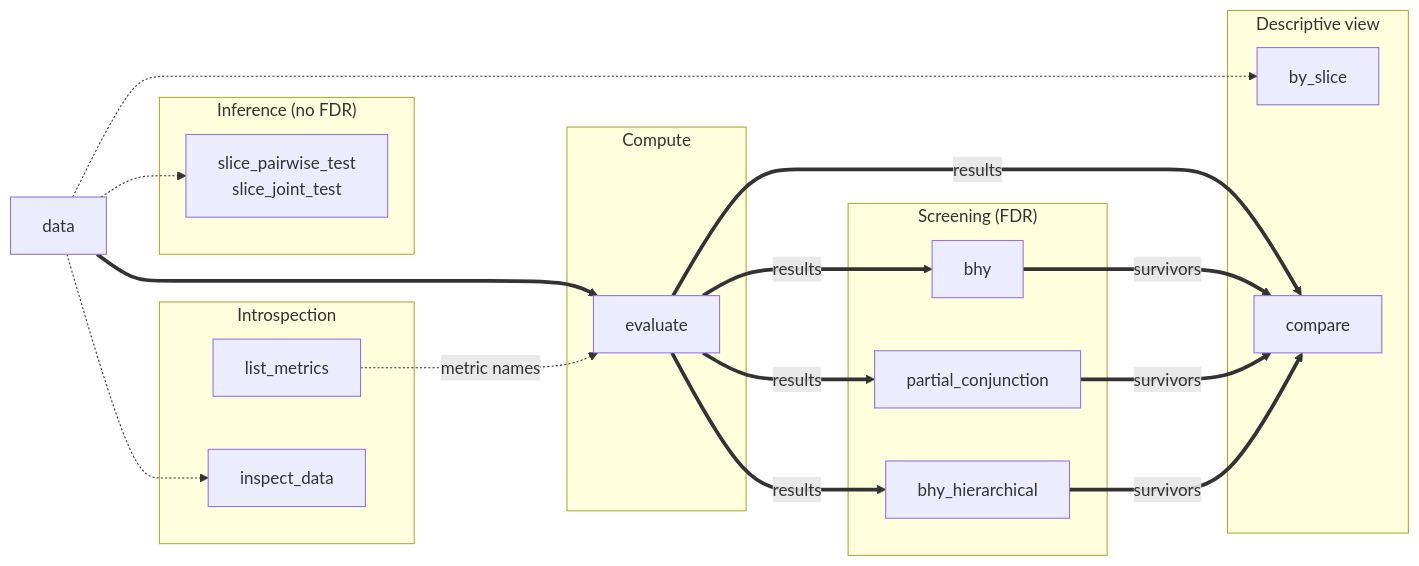
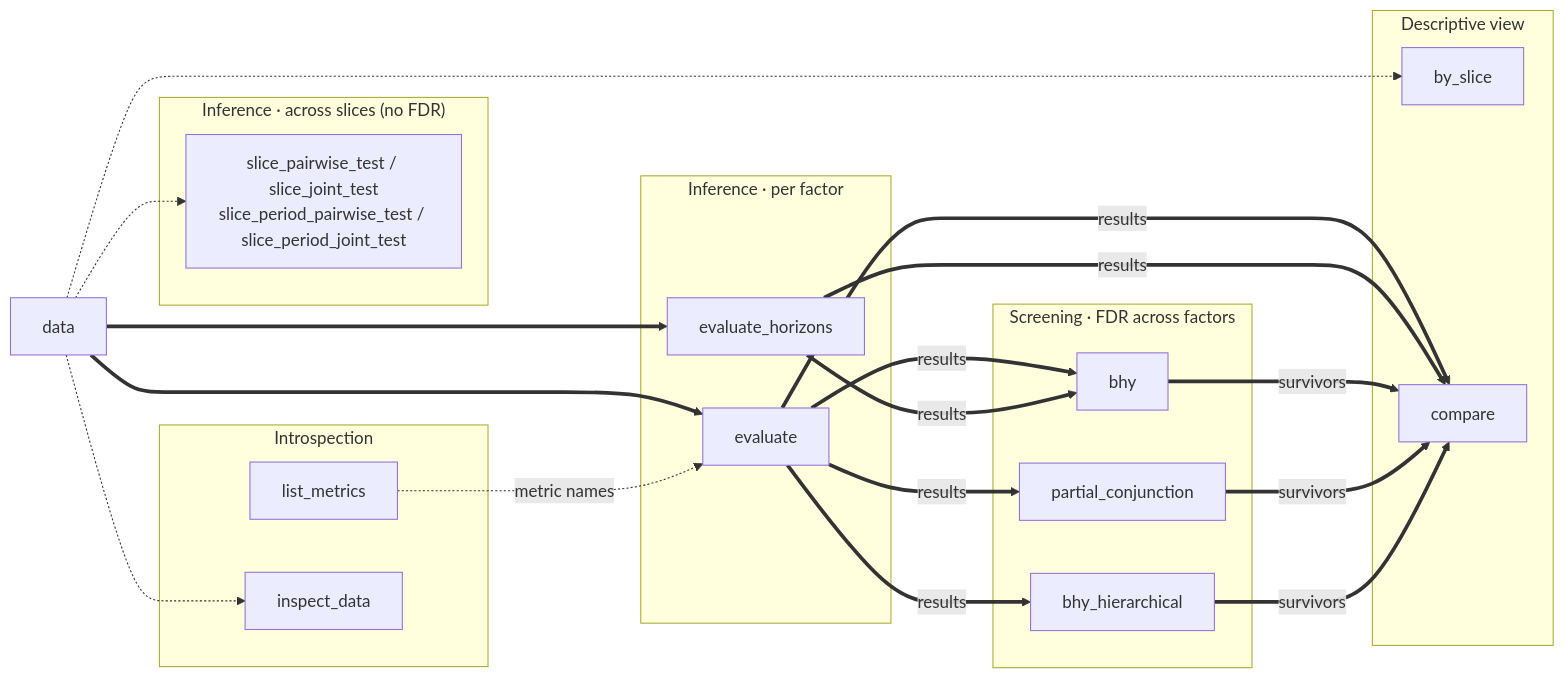
Before and after one commit to awwesomeman/factrix: the diagram in docs/api/index.md, drawn with Mermaid. The commit also changed other lines of this file and 2 other files, not shown here.

First paragraph of the commit message:
docs(api): restore evaluate_horizons surfacing + clarify overview (slice_period, inference vs screening) (#692)
* docs: surface evaluate_horizons in README, API index, and llms.txt

````diff
--- a/docs/api/index.md
+++ b/docs/api/index.md
@@ -9,51 +9,56 @@
 ```mermaid
 flowchart LR
     P[data]
 
-    subgraph Compute
+    subgraph PerFactor["Inference · per factor"]
         EV[evaluate]
+        EVH[evaluate_horizons]
     end
 
-    subgraph Screening["Screening (FDR)"]
+    subgraph Screening["Screening · FDR across factors"]
         BHY[bhy]
         PC[partial_conjunction]
         BHYH[bhy_hierarchical]
     end
 
-    subgraph Inference["Inference (no FDR)"]
-        ST["slice_pairwise_test<br/>slice_joint_test"]
+    subgraph Slices["Inference · across slices (no FDR)"]
+        ST["slice_pairwise_test / slice_joint_test<br/>slice_period_pairwise_test / slice_period_joint_test"]
     end
 
     subgraph View["Descriptive view"]
         BS[by_slice]
         CMP[compare]
     end
 
     subgraph Introspection
         LM[list_metrics]
         ID[inspect_data]
     end
 
     P ==> EV
+    P ==> EVH
     P -.-> BS
     P -.-> ST
     P -.-> ID
     EV ==>|results| BHY
     EV ==>|results| PC
     EV ==>|results| BHYH
     EV ==>|results| CMP
+    EVH ==>|results| BHY
+    EVH ==>|results| CMP
     BHY ==>|survivors| CMP
     PC ==>|survivors| CMP
     BHYH ==>|survivors| CMP
     LM -.->|metric names| EV
 
     click EV "evaluate/" "evaluate API"
+    click EVH "evaluate/#factrix.evaluate_horizons" "evaluate_horizons API"
     click BS "by-slice/" "by_slice API"
-    click ST "slice-test/" "slice_pairwise_test / slice_joint_test API"
+    click ST "slice-test/" "slice tests — cross-sectional + period-disjoint API"
     click BHY "multi-factor/" "bhy API"
     click PC "partial-conjunction/" "partial_conjunction API"
     click BHYH "bhy-hierarchical/" "bhy_hierarchical API"
     click LM "metrics/#factrix.list_metrics" "list_metrics API"
     click CMP "compare/" "compare API"
     click ID "inspect-data/" "inspect_data API"
 ```
````
